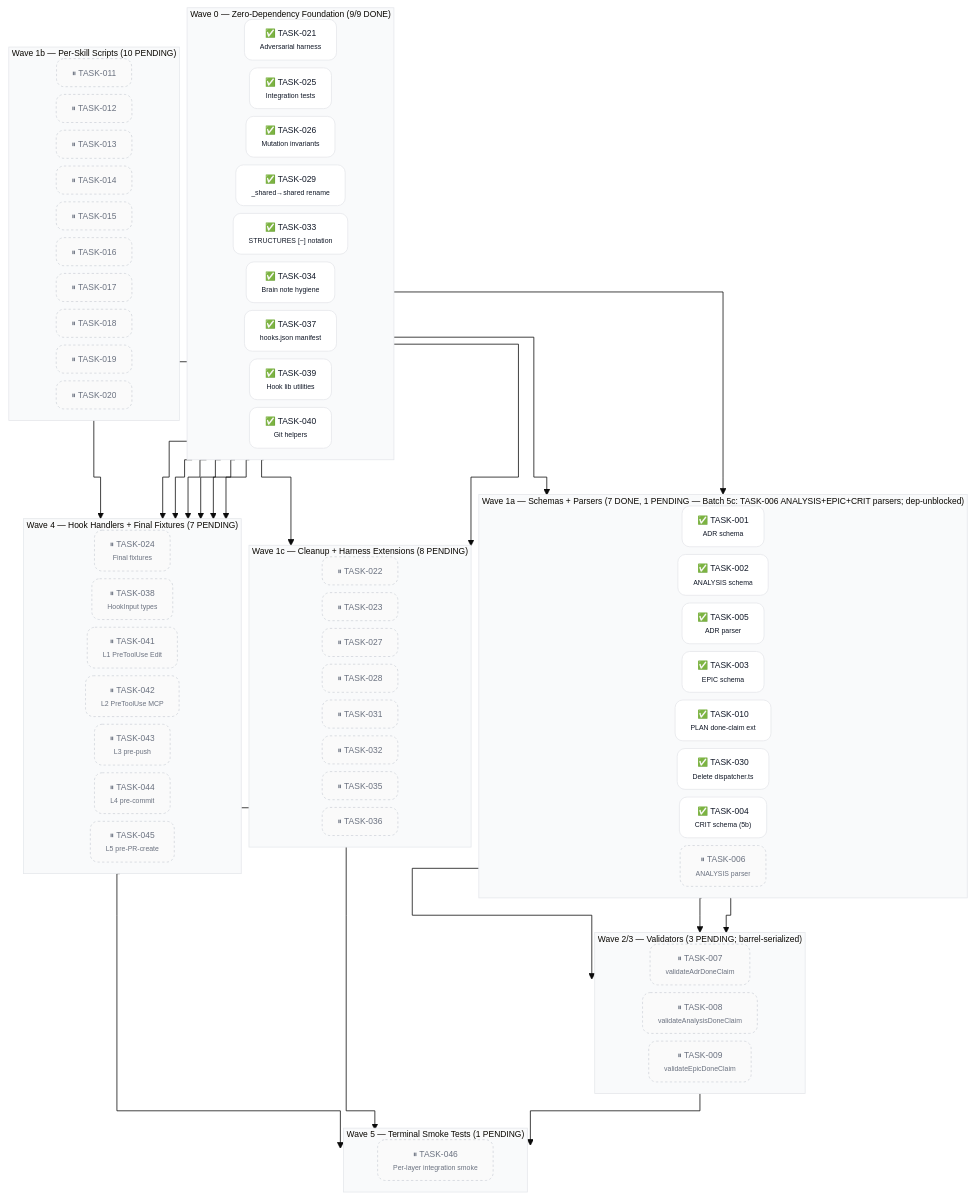
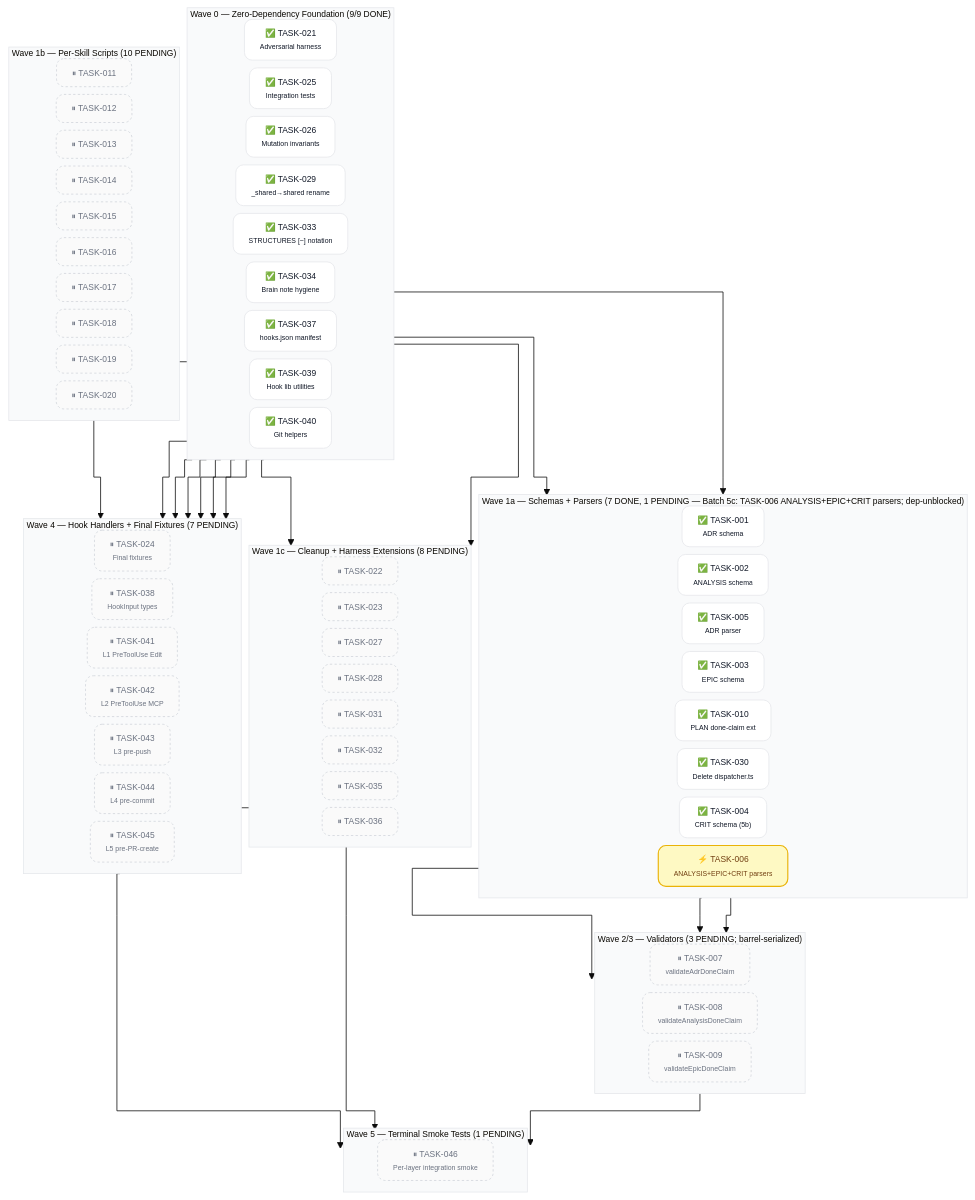
The second of 2 diagrams in docs/planning/PLAN-001-skills-ecosystem.md (acmelabs-15/skills), drawn with Mermaid before and after one commit. The commit also changed other lines of this file and 1 other file, not shown here.

First line of the commit message:
plan(SPEC-008): Batch 5c START — impl-TASK-006 dispatch (Event 74)

````diff
--- a/docs/planning/PLAN-001-skills-ecosystem.md
+++ b/docs/planning/PLAN-001-skills-ecosystem.md
@@ -178,7 +178,7 @@
     T010["✅ TASK-010<br/><span style='font-size:9px'>PLAN done-claim ext</span>"]
     T030["✅ TASK-030<br/><span style='font-size:9px'>Delete dispatcher.ts</span>"]
     T004["✅ TASK-004<br/><span style='font-size:9px'>CRIT schema (5b)</span>"]
-    T006["⏸ TASK-006<br/><span style='font-size:9px'>ANALYSIS parser</span>"]
+    T006["⚡ TASK-006<br/><span style='font-size:9px'>ANALYSIS+EPIC+CRIT parsers</span>"]
   end
 
   subgraph W1b ["Wave 1b — Per-Skill Scripts (10 PENDING)"]
@@ -253,5 +253,6 @@
   T045 --> T046
 
   class T001,T002,T003,T004,T005,T010,T021,T025,T026,T029,T030,T033,T034,T037,T039,T040 done
-  class T006,T007,T008,T009,T011,T012,T013,T014,T015,T016,T017,T018,T019,T020,T022,T023,T024,T027,T028,T031,T032,T035,T036,T038,T041,T042,T043,T044,T045,T046 pending
+  class T006 inprogress
+  class T007,T008,T009,T011,T012,T013,T014,T015,T016,T017,T018,T019,T020,T022,T023,T024,T027,T028,T031,T032,T035,T036,T038,T041,T042,T043,T044,T045,T046 pending
 ```
````
